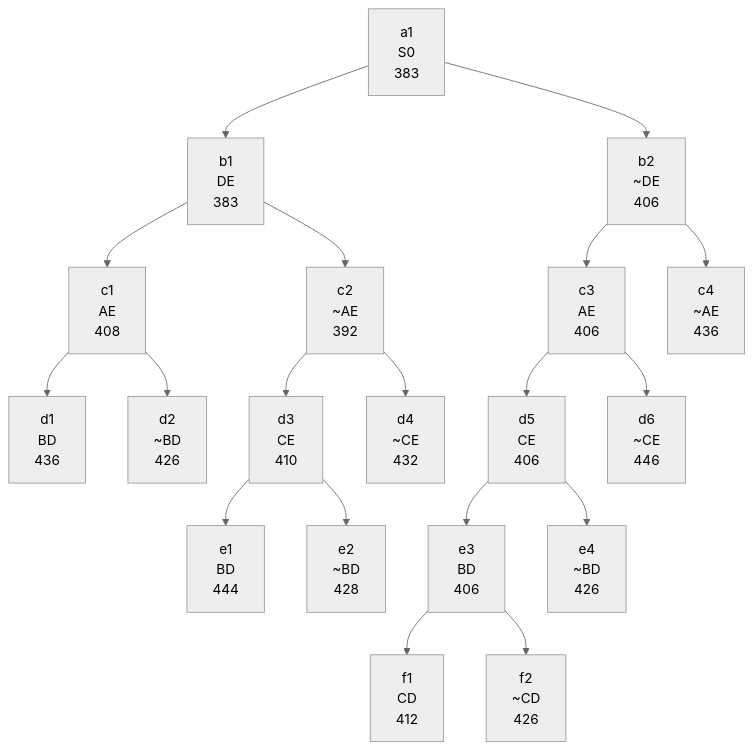
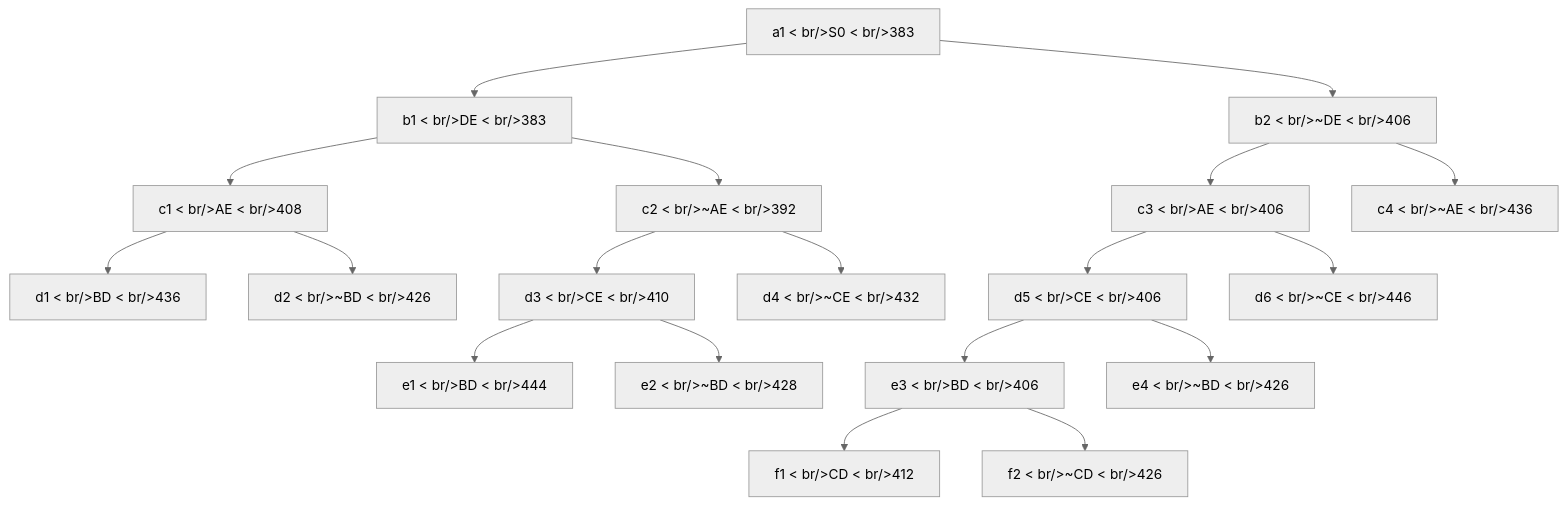
Before and after one commit to vbordia/aifu: the diagram in src/content/papers/23t3-fn/02-tsp-branch-and-bound.mdx, drawn with Mermaid (neutral theme). The commit also changed other lines of this file and 146 other files, not shown here.

````diff
--- a/src/content/papers/23t3-fn/02-tsp-branch-and-bound.mdx
+++ b/src/content/papers/23t3-fn/02-tsp-branch-and-bound.mdx
@@ -20,21 +18,21 @@
 ```mermaid
 graph TD
-    a1["a1<br/>S0<br/>383"] --> b1["b1<br/>DE<br/>383"]
-    a1 --> b2["b2<br/>~DE<br/>406"]
-    b1 --> c1["c1<br/>AE<br/>408"]
-    b1 --> c2["c2<br/>~AE<br/>392"]
-    b2 --> c3["c3<br/>AE<br/>406"]
-    b2 --> c4["c4<br/>~AE<br/>436"]
-    c1 --> d1["d1<br/>BD<br/>436"]
-    c1 --> d2["d2<br/>~BD<br/>426"]
-    c2 --> d3["d3<br/>CE<br/>410"]
-    c2 --> d4["d4<br/>~CE<br/>432"]
-    c3 --> d5["d5<br/>CE<br/>406"]
-    c3 --> d6["d6<br/>~CE<br/>446"]
-    d3 --> e1["e1<br/>BD<br/>444"]
-    d3 --> e2["e2<br/>~BD<br/>428"]
-    d5 --> e3["e3<br/>BD<br/>406"]
-    d5 --> e4["e4<br/>~BD<br/>426"]
-    e3 --> f1["f1<br/>CD<br/>412"]
-    e3 --> f2["f2<br/>~CD<br/>426"]
+    a1["a1 &lt; br/>S0 &lt; br/>383"] --> b1["b1 &lt; br/>DE &lt; br/>383"]
+    a1 --> b2["b2 &lt; br/>~DE &lt; br/>406"]
+    b1 --> c1["c1 &lt; br/>AE &lt; br/>408"]
+    b1 --> c2["c2 &lt; br/>~AE &lt; br/>392"]
+    b2 --> c3["c3 &lt; br/>AE &lt; br/>406"]
+    b2 --> c4["c4 &lt; br/>~AE &lt; br/>436"]
+    c1 --> d1["d1 &lt; br/>BD &lt; br/>436"]
+    c1 --> d2["d2 &lt; br/>~BD &lt; br/>426"]
+    c2 --> d3["d3 &lt; br/>CE &lt; br/>410"]
+    c2 --> d4["d4 &lt; br/>~CE &lt; br/>432"]
+    c3 --> d5["d5 &lt; br/>CE &lt; br/>406"]
+    c3 --> d6["d6 &lt; br/>~CE &lt; br/>446"]
+    d3 --> e1["e1 &lt; br/>BD &lt; br/>444"]
+    d3 --> e2["e2 &lt; br/>~BD &lt; br/>428"]
+    d5 --> e3["e3 &lt; br/>BD &lt; br/>406"]
+    d5 --> e4["e4 &lt; br/>~BD &lt; br/>426"]
+    e3 --> f1["f1 &lt; br/>CD &lt; br/>412"]
+    e3 --> f2["f2 &lt; br/>~CD &lt; br/>426"]
 ```
````
